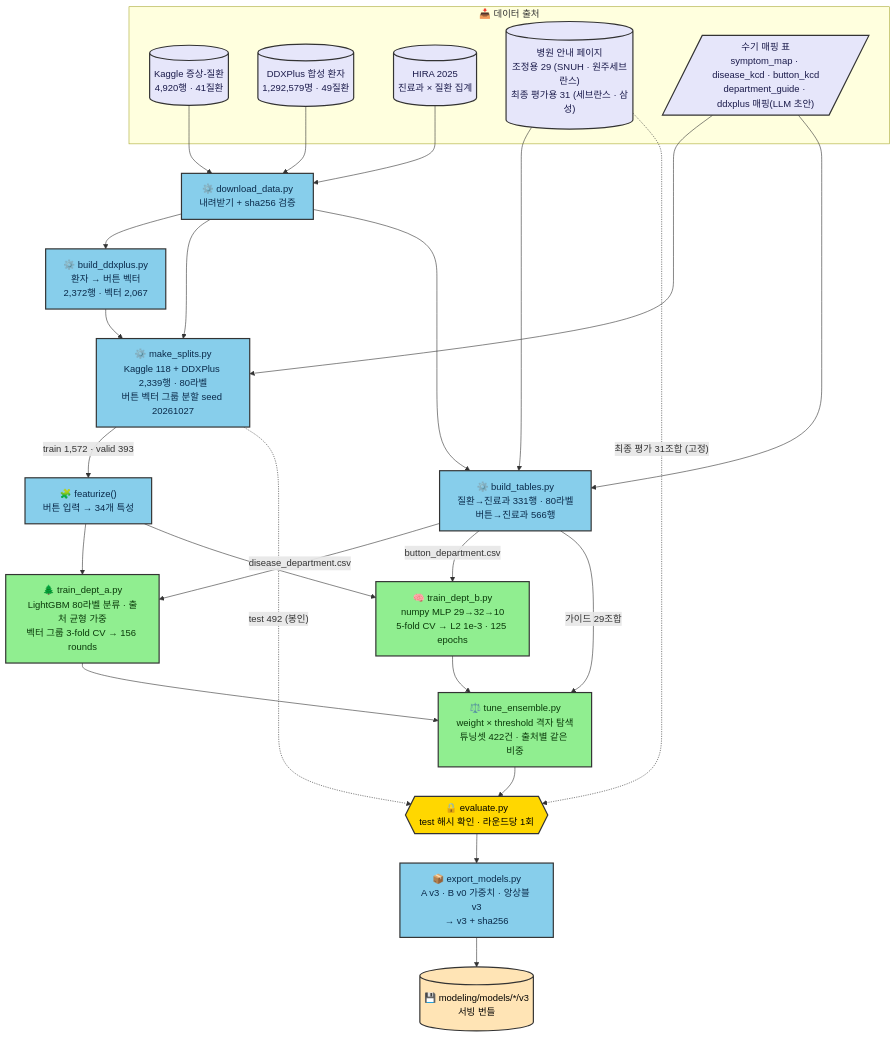
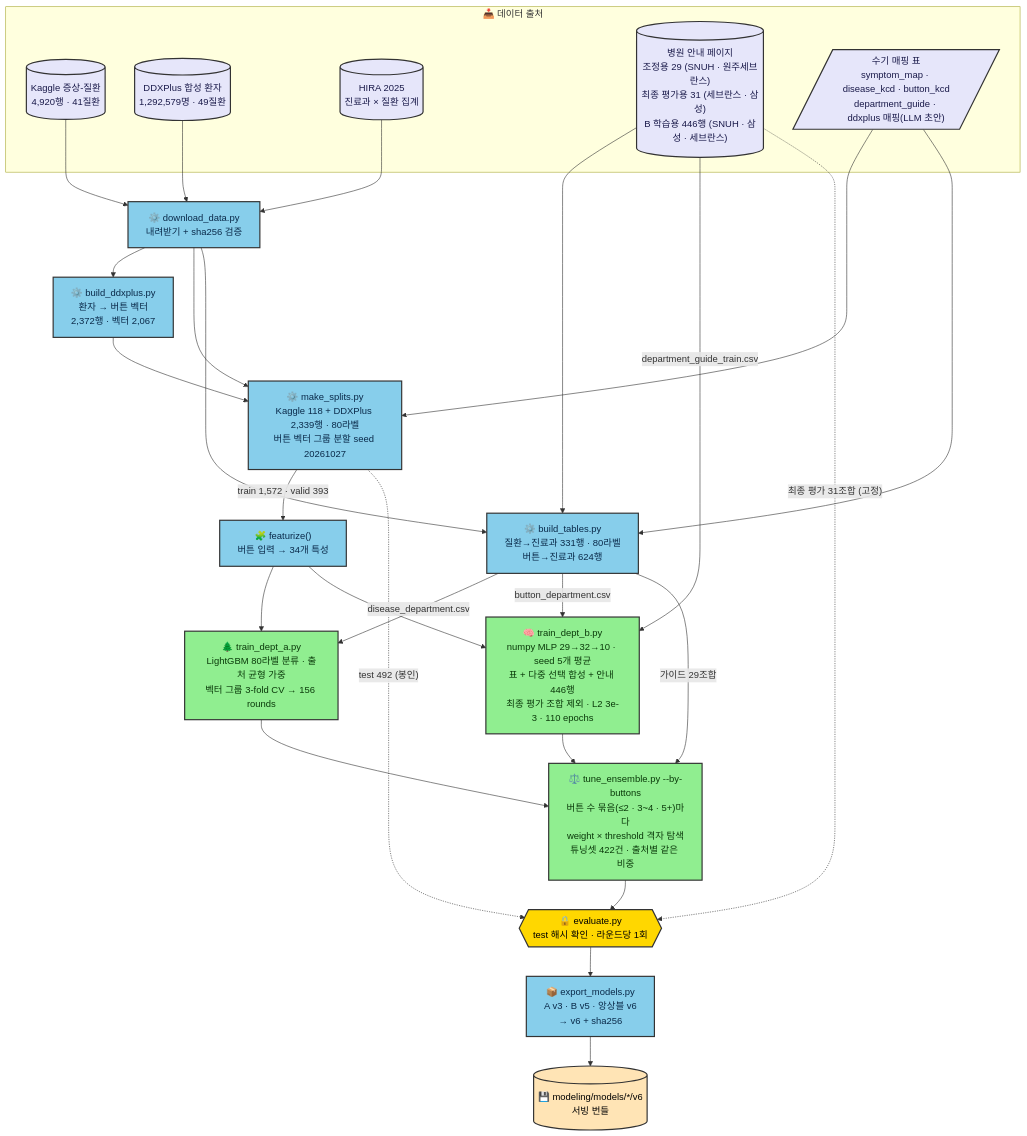
Before and after one commit to conceptamin/for-nav: the diagram in docs/architecture/diagrams/m1_training_pipeline.mmd, drawn with Mermaid. The commit also changed 4 other files, not shown here.

```diff
--- a/docs/architecture/diagrams/m1_training_pipeline.mmd
+++ b/docs/architecture/diagrams/m1_training_pipeline.mmd
@@ -1,56 +1,57 @@
 flowchart TD
     subgraph SRC["📥 데이터 출처"]
         K[("Kaggle 증상-질환<br/>4,920행 · 41질환")]
         X[("DDXPlus 합성 환자<br/>1,292,579명 · 49질환")]
         H[("HIRA 2025<br/>진료과 × 질환 집계")]
-        G[("병원 안내 페이지<br/>조정용 29 (SNUH · 원주세브란스)<br/>최종 평가용 31 (세브란스 · 삼성)")]
+        G[("병원 안내 페이지<br/>조정용 29 (SNUH · 원주세브란스)<br/>최종 평가용 31 (세브란스 · 삼성)<br/>B 학습용 446행 (SNUH · 삼성 · 세브란스)")]
         M[/"수기 매핑 표<br/>symptom_map · disease_kcd · button_kcd<br/>department_guide · ddxplus 매핑(LLM 초안)"/]
     end
 
     DL["⚙️ download_data.py<br/>내려받기 + sha256 검증"]
     DX["⚙️ build_ddxplus.py<br/>환자 → 버튼 벡터<br/>2,372행 · 벡터 2,067"]
     SP["⚙️ make_splits.py<br/>Kaggle 118 + DDXPlus 2,339행 · 80라벨<br/>버튼 벡터 그룹 분할 seed 20261027"]
-    TB["⚙️ build_tables.py<br/>질환→진료과 331행 · 80라벨<br/>버튼→진료과 566행"]
+    TB["⚙️ build_tables.py<br/>질환→진료과 331행 · 80라벨<br/>버튼→진료과 624행"]
     FE["🧩 featurize()<br/>버튼 입력 → 34개 특성"]
 
     A["🌲 train_dept_a.py<br/>LightGBM 80라벨 분류 · 출처 균형 가중<br/>벡터 그룹 3-fold CV → 156 rounds"]
-    B["🧠 train_dept_b.py<br/>numpy MLP 29→32→10<br/>5-fold CV → L2 1e-3 · 125 epochs"]
-    EN["⚖️ tune_ensemble.py<br/>weight × threshold 격자 탐색<br/>튜닝셋 422건 · 출처별 같은 비중"]
+    B["🧠 train_dept_b.py<br/>numpy MLP 29→32→10 · seed 5개 평균<br/>표 + 다중 선택 합성 + 안내 446행<br/>최종 평가 조합 제외 · L2 3e-3 · 110 epochs"]
+    EN["⚖️ tune_ensemble.py --by-buttons<br/>버튼 수 묶음(≤2 · 3~4 · 5+)마다<br/>weight × threshold 격자 탐색<br/>튜닝셋 422건 · 출처별 같은 비중"]
     EV{{"🔒 evaluate.py<br/>test 해시 확인 · 라운드당 1회"}}
-    EX["📦 export_models.py<br/>A v3 · B v0 가중치 · 앙상블 v3<br/>→ v3 + sha256"]
-    OUT[("💾 modeling/models/*/v3<br/>서빙 번들")]
+    EX["📦 export_models.py<br/>A v3 · B v5 · 앙상블 v6<br/>→ v6 + sha256"]
+    OUT[("💾 modeling/models/*/v6<br/>서빙 번들")]
 
     K --> DL
     X --> DL
     H --> DL
     DL --> DX
     DX --> SP
     DL --> SP
     M --> SP
     DL --> TB
     M --> TB
     G --> TB
     SP -->|"train 1,572 · valid 393"| FE
     TB -->|"disease_department.csv"| A
     TB -->|"button_department.csv"| B
+    G -->|"department_guide_train.csv"| B
     FE --> A
     FE --> B
     A --> EN
     B --> EN
     TB -->|"가이드 29조합"| EN
     SP -.->|"test 492 (봉인)"| EV
     G -.->|"최종 평가 31조합 (고정)"| EV
     EN --> EV
     EV --> EX
     EX --> OUT
 
     classDef src fill:#E6E6FA,stroke:#333,stroke-width:2px,color:#1a1a4a
     classDef step fill:#87CEEB,stroke:#333,stroke-width:2px,color:#0a2a4a
     classDef model fill:#90EE90,stroke:#333,stroke-width:2px,color:#0a3a0a
     classDef gate fill:#FFD700,stroke:#333,stroke-width:2px,color:#000
     classDef store fill:#FFE4B5,stroke:#333,stroke-width:2px,color:#000
     class K,X,H,G,M src
     class DL,DX,SP,TB,FE,EX step
     class A,B,EN model
     class EV gate
     class OUT store
```
